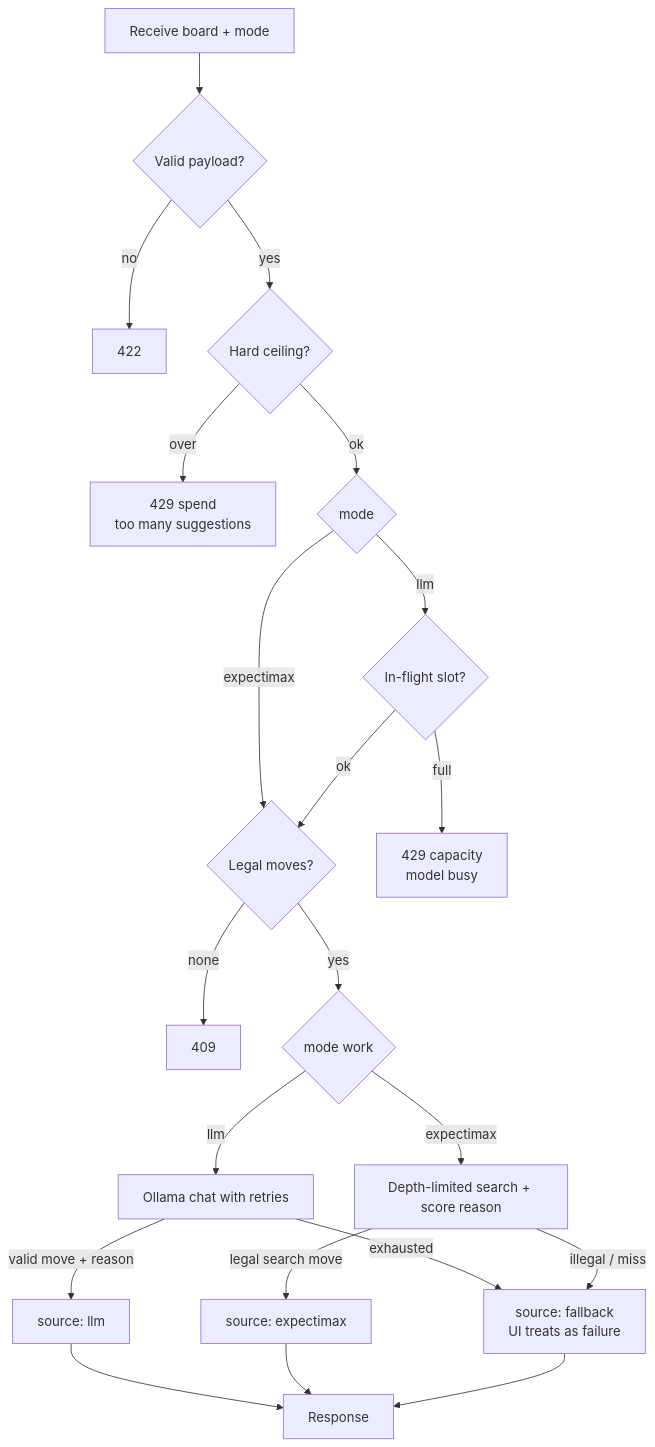
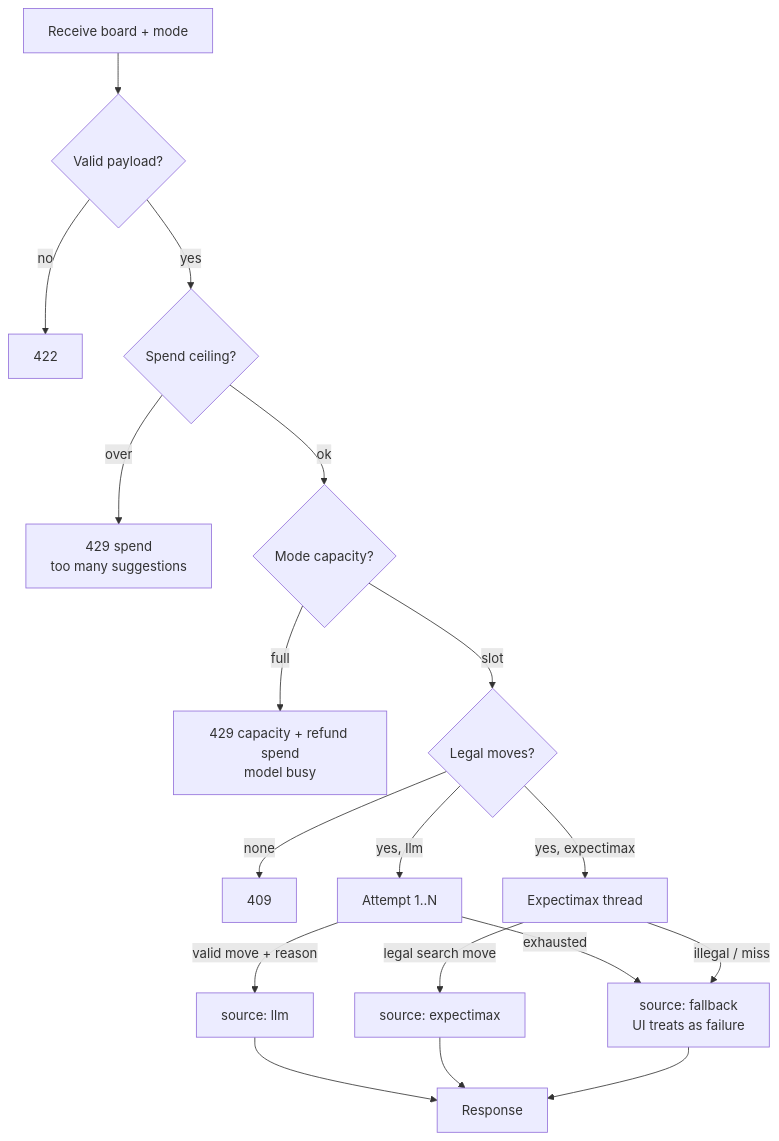
One commit to christycty/game-2048 changed the second of 3 diagrams in docs/architecture.md. Above: the diagram before and after it, drawn with Mermaid. The commit also changed other lines of this file and 8 other files, not shown here.

First line of the commit message:
docs(site): align architecture/PRD copy and clean pitch-site assets

````diff
--- a/docs/architecture.md
+++ b/docs/architecture.md
@@ -27,23 +27,20 @@
 ```mermaid
 flowchart TD
   A[Receive board + mode] --> V{Valid payload?}
   V -->|no| U[422]
-  V -->|yes| R{Hard ceiling?}
-  R -->|over| TSpend[429 spend<br/>too many suggestions]
-  R -->|ok| M{mode}
-  M -->|expectimax| B{Legal moves?}
-  M -->|llm| Cap{In-flight slot?}
-  Cap -->|full| TBusy[429 capacity<br/>model busy]
-  Cap -->|ok| B
+  V -->|yes| Spend{Spend ceiling?}
+  Spend -->|over| TSpend[429 spend<br/>too many suggestions]
+  Spend -- ok --> Cap{Mode capacity?}
+  Cap -->|full| TBusy[429 capacity + refund spend<br/>model busy]
+  Cap -->|slot| B{Legal moves?}
   B -->|none| C[409]
-  B -->|yes| D{mode work}
-  D -->|expectimax| E[Depth-limited search + score reason]
-  D -->|llm| F[Ollama chat with retries]
-  F -->|valid move + reason| G[source: llm]
-  F -->|exhausted| H[source: fallback<br/>UI treats as failure]
+  B -->|yes, expectimax| E[Expectimax thread]
+  B -->|yes, llm| P[Attempt 1..N]
+  P -->|valid move + reason| G[source: llm]
+  P -->|exhausted| H[source: fallback<br/>UI treats as failure]
   E -->|legal search move| I[source: expectimax]
   E -->|illegal / miss| H
   G --> J[Response]
   I --> J
   H --> J
 ```
````
